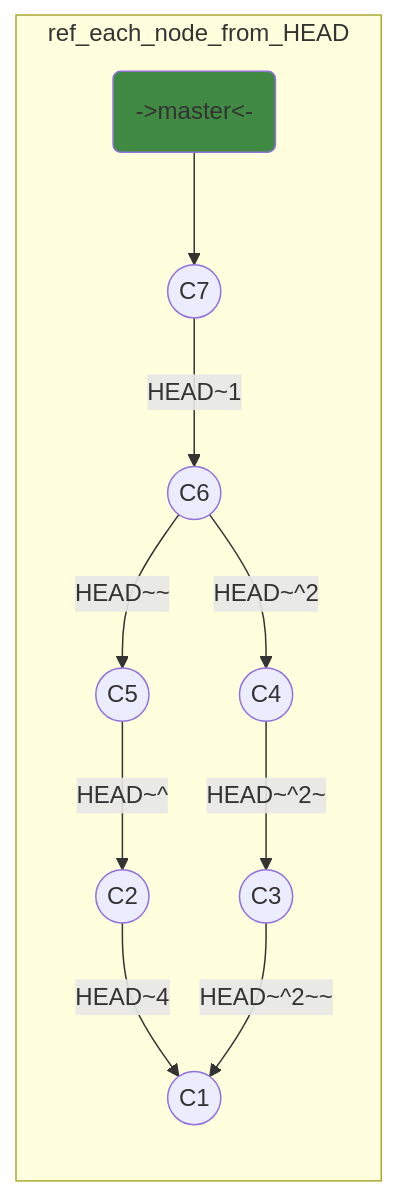
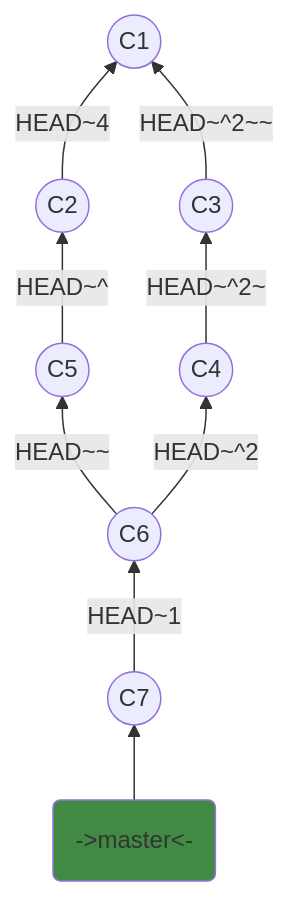
One commit to nvmnghia/Git.md changed the second of 5 diagrams in Git.md. Above: the diagram before and after it, drawn with Mermaid. The commit also changed other lines of this file, not shown here.

````diff
--- a/Git.md
+++ b/Git.md
@@ -178,18 +189,16 @@
         ```mermaid
         graph BT
             classDef master fill:#418a44;
 
-            subgraph ref_each_node_from_HEAD
-                C1((C1));
-                C2((C2)) -- "HEAD~4" --> C1;
-                C3((C3)) -- "HEAD~^2~~" --> C1;
-                C4((C4)) -- "HEAD~^2~" --> C3;
-                C5((C5)) -- "HEAD~^" --> C2;
-                C6((C6)) -- "HEAD~^2" --> C4;
-                C6 -- "HEAD~~" --> C5;
-                C7((C7)) -- "HEAD~1" --> C6;
-                m("->master<-") --> C7;
+            C1((C1));
+            C2((C2)) -- "HEAD~4" --> C1;
+            C3((C3)) -- "HEAD~^2~~" --> C1;
+            C4((C4)) -- "HEAD~^2~" --> C3;
+            C5((C5)) -- "HEAD~^" --> C2;
+            C6((C6)) -- "HEAD~^2" --> C4;
+            C6 -- "HEAD~~" --> C5;
+            C7((C7)) -- "HEAD~1" --> C6;
+            m("->master<-") --> C7;
 
-                class m master;
-            end
+            class m master;
         ```
````
